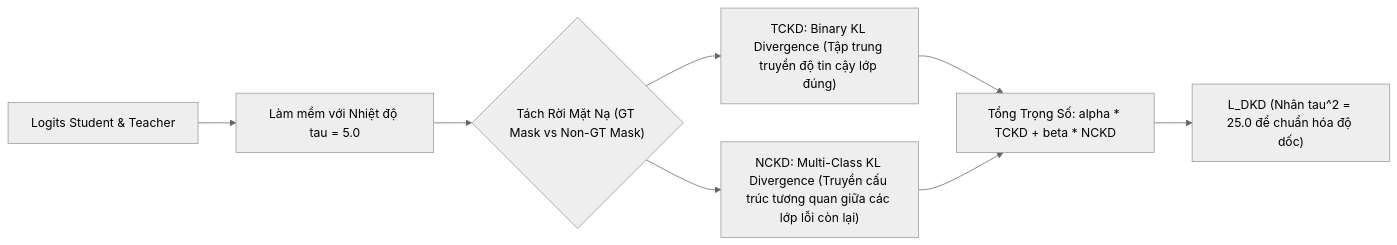
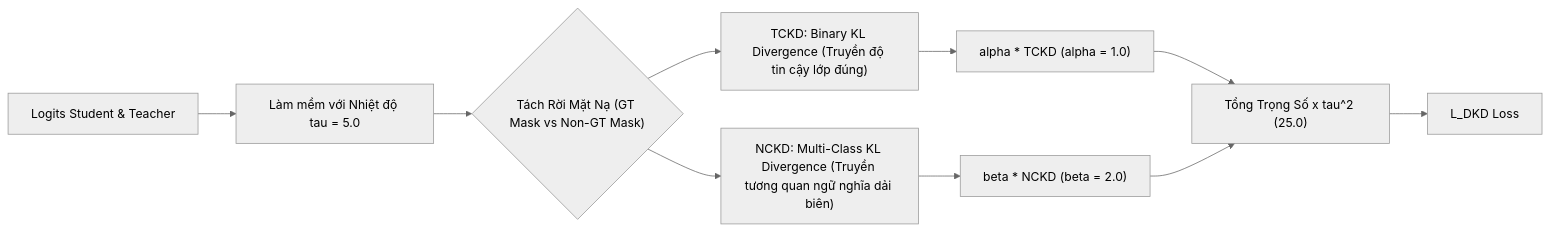
Before and after one commit to zok213/VIbraDistill: the fifth of 6 diagrams in docs/AI_ARCHITECTURE_DEEP_DIVE.md, drawn with Mermaid (neutral theme). The commit also changed other lines of this file and 1 other file, not shown here.

Commit message:
fix(docs): resolve architecture conflict - clarify 100% AI inference runs on FPGA and MCU is purely SIL-2 supervisor

````diff
--- a/docs/AI_ARCHITECTURE_DEEP_DIVE.md
+++ b/docs/AI_ARCHITECTURE_DEEP_DIVE.md
@@ -243,12 +232,14 @@
 ```mermaid
 graph LR
     Logits["Logits Student & Teacher"] --> Softmax["Làm mềm với Nhiệt độ tau = 5.0"]
     Softmax --> Split{"Tách Rời Mặt Nạ (GT Mask vs Non-GT Mask)"}
     
-    Split --> TCKD["TCKD: Binary KL Divergence (Tập trung truyền độ tin cậy lớp đúng)"]
-    Split --> NCKD["NCKD: Multi-Class KL Divergence (Truyền cấu trúc tương quan giữa các lớp lỗi còn lại)"]
+    Split --> TCKD["TCKD: Binary KL Divergence (Truyền độ tin cậy lớp đúng)"]
+    Split --> NCKD["NCKD: Multi-Class KL Divergence (Truyền tương quan ngữ nghĩa dải biên)"]
     
-    TCKD --> Weighted["Tổng Trọng Số: alpha * TCKD + beta * NCKD"]
-    NCKD --> Weighted
-    Weighted --> Loss["L_DKD (Nhân tau^2 = 25.0 để chuẩn hóa độ dốc)"]
+    TCKD --> Weighted["alpha * TCKD (alpha = 1.0)"]
+    NCKD --> Weighted2["beta * NCKD (beta = 2.0)"]
+    Weighted --> Sum["Tổng Trọng Số x tau^2 (25.0)"]
+    Weighted2 --> Sum
+    Sum --> Loss["L_DKD Loss"]
 ```
````
